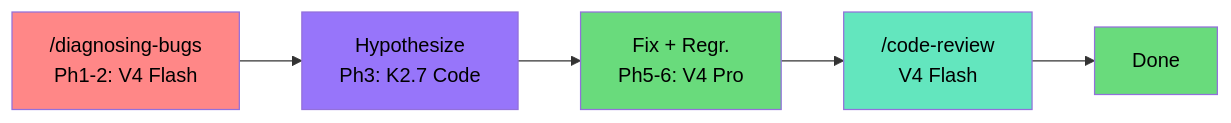
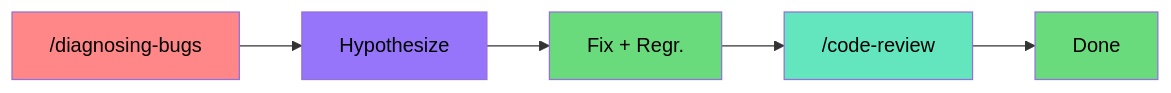
One commit to elisharkray1030/ai-coding-workflow changed the third of 12 diagrams in README.md. Above: the diagram before and after it, drawn with Mermaid. The commit also changed other lines of this file, not shown here.

First line of the commit message:
refactor: Flash-first routing with per-use-case escalation

````diff
--- a/README.md
+++ b/README.md
@@ -73,18 +94,18 @@
 ```mermaid
 graph LR
-    LO[ /diagnosing-bugs<br/>Ph1-2: V4 Flash] --> HY[Hypothesize<br/>Ph3: K2.7 Code]
-    HY --> FX[Fix + Regr.<br/>Ph5-6: V4 Pro]
-    FX --> CR[ /code-review<br/>V4 Flash]
+    LO[ /diagnosing-bugs] --> HY[Hypothesize]
+    HY --> FX[Fix + Regr.]
+    FX --> CR[ /code-review]
     CR --> DN[Done]
 
     classDef red fill:#ff8787,color:#000
     classDef purple fill:#9775fa,color:#000
     classDef green fill:#69db7c,color:#000
     classDef teal fill:#63e6be,color:#000
 
     class LO red
     class HY purple
     class FX green
     class CR teal
     class DN green
 ```
````
